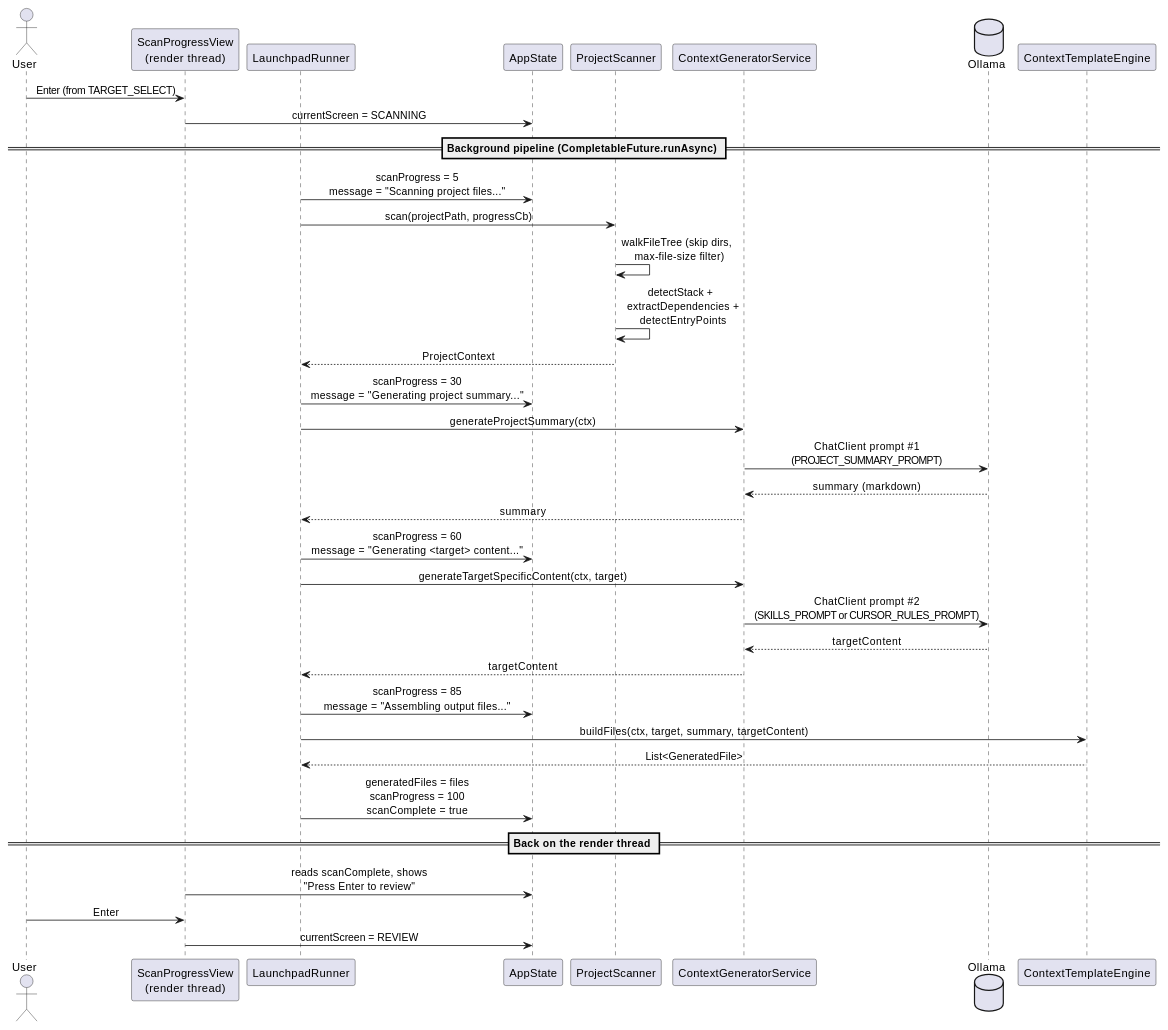
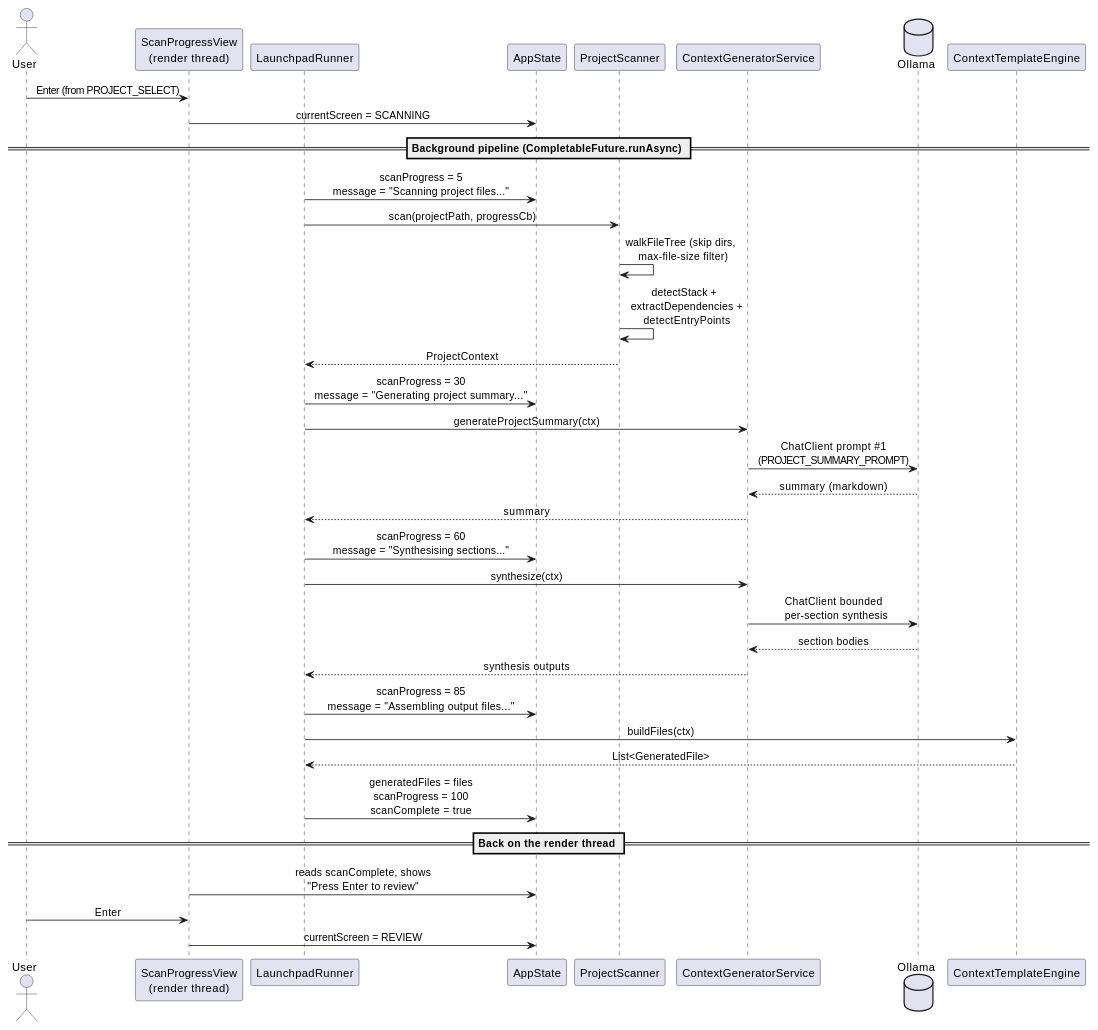
The second of 6 diagrams in docs/architecture.adoc (acltabontabon/launchpad), drawn with PlantUML before and after one commit. The commit also changed other lines of this file and 16 other files, not shown here.

```diff
--- a/docs/architecture.adoc
+++ b/docs/architecture.adoc
@@ -123,52 +121,52 @@
 [plantuml,pipeline-sequence,svg]
 ----
 @startuml
 skinparam backgroundColor #FFFFFF
 skinparam shadowing false
 skinparam defaultFontName Helvetica
 skinparam sequenceMessageAlign center
 
 actor User
 participant "ScanProgressView\n(render thread)" as V
 participant "LaunchpadRunner" as R
 participant "AppState" as S
 participant "ProjectScanner" as PS
 participant "ContextGeneratorService" as G
 database "Ollama" as O
 participant "ContextTemplateEngine" as E
 
-User -> V : Enter (from TARGET_SELECT)
+User -> V : Enter (from PROJECT_SELECT)
 V -> S : currentScreen = SCANNING
 
 == Background pipeline (CompletableFuture.runAsync) ==
 
 R -> S : scanProgress = 5\nmessage = "Scanning project files..."
 R -> PS : scan(projectPath, progressCb)
 PS -> PS : walkFileTree (skip dirs,\n  max-file-size filter)
 PS -> PS : detectStack +\n  extractDependencies +\n  detectEntryPoints
 PS --> R : ProjectContext
 
 R -> S : scanProgress = 30\nmessage = "Generating project summary..."
 R -> G : generateProjectSummary(ctx)
 G -> O : ChatClient prompt #1\n(PROJECT_SUMMARY_PROMPT)
 O --> G : summary (markdown)
 G --> R : summary
 
-R -> S : scanProgress = 60\nmessage = "Generating <target> content..."
-R -> G : generateTargetSpecificContent(ctx, target)
-G -> O : ChatClient prompt #2\n(SKILLS_PROMPT or CURSOR_RULES_PROMPT)
-O --> G : targetContent
-G --> R : targetContent
+R -> S : scanProgress = 60\nmessage = "Synthesising sections..."
+R -> G : synthesize(ctx)
+G -> O : ChatClient bounded\n  per-section synthesis
+O --> G : section bodies
+G --> R : synthesis outputs
 
 R -> S : scanProgress = 85\nmessage = "Assembling output files..."
-R -> E : buildFiles(ctx, target, summary, targetContent)
+R -> E : buildFiles(ctx)
 E --> R : List<GeneratedFile>
 R -> S : generatedFiles = files\nscanProgress = 100\nscanComplete = true
 
 == Back on the render thread ==
 
 V -> S : reads scanComplete, shows\n"Press Enter to review"
 User -> V : Enter
 V -> S : currentScreen = REVIEW
 @enduml
 ----
```
